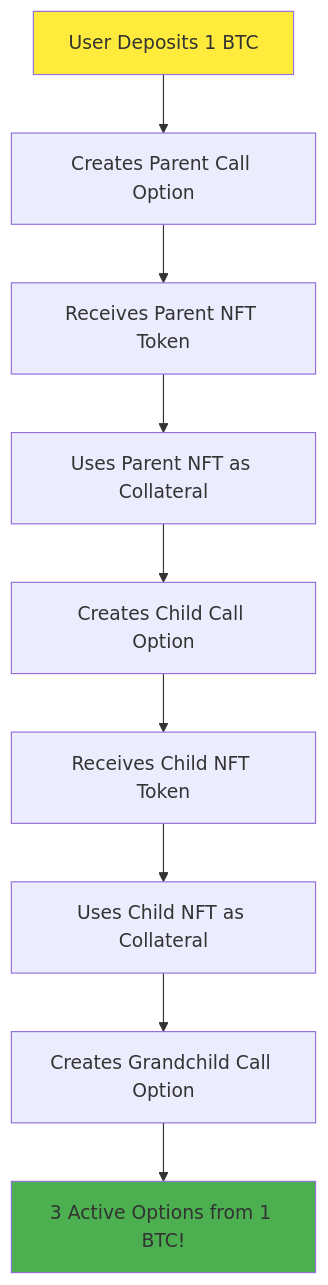
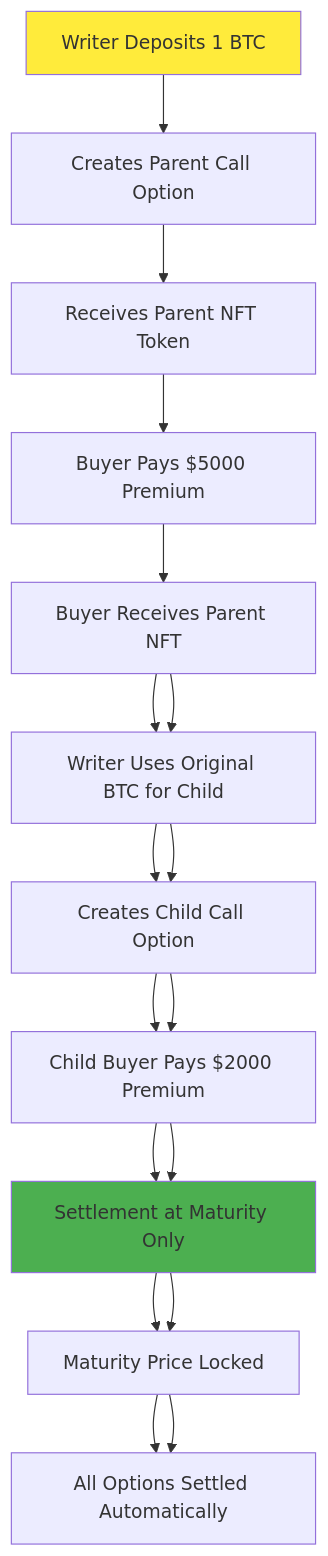
One commit to AceVikings/eth-global-super-defi changed the diagram in contracts/citrea-options/README.md. Above: the diagram before and after it, drawn with Mermaid. The commit also changed other lines of this file and 29 other files, not shown here.

````diff
--- a/contracts/citrea-options/README.md
+++ b/contracts/citrea-options/README.md
@@ -78,14 +94,22 @@
 ```mermaid
 graph TD
-    A[User Deposits 1 BTC] --> B[Creates Parent Call Option]
-    B --> C[Receives Parent NFT Token]
-    C --> D[Uses Parent NFT as Collateral]
-    D --> E[Creates Child Call Option]
-    E --> F[Receives Child NFT Token]
-    F --> G[Uses Child NFT as Collateral]
-    G --> H[Creates Grandchild Call Option]
-    H --> I[3 Active Options from 1 BTC!]
+    A[Writer Deposits 1 BTC] --> B[Creates Parent Call Option]
+    B --> C[Receives Parent NFT Token]  
+    C --> D[Buyer Pays $5000 Premium]
+    D --> E[Buyer Receives Parent NFT]
+    E --> F[Writer Uses Original BTC for Child]
+    F --> G[Creates Child Call Option]
+    G --> H[Child Buyer Pays $2000 Premium] 
+    H --> I[Settlement at Maturity Only]
+    I --> J[Maturity Price Locked]
+    J --> K[All Options Settled Automatically]
+    E --> F[Writer Uses Original BTC for Child]
+    F --> G[Creates Child Call Option]
+    G --> H[Child Buyer Pays $2000 Premium] 
+    H --> I[Settlement at Maturity Only]
+    I --> J[Maturity Price Locked]
+    J --> K[All Options Settled Automatically]
 
     style A fill:#ffeb3b
     style I fill:#4caf50
 ```
````
